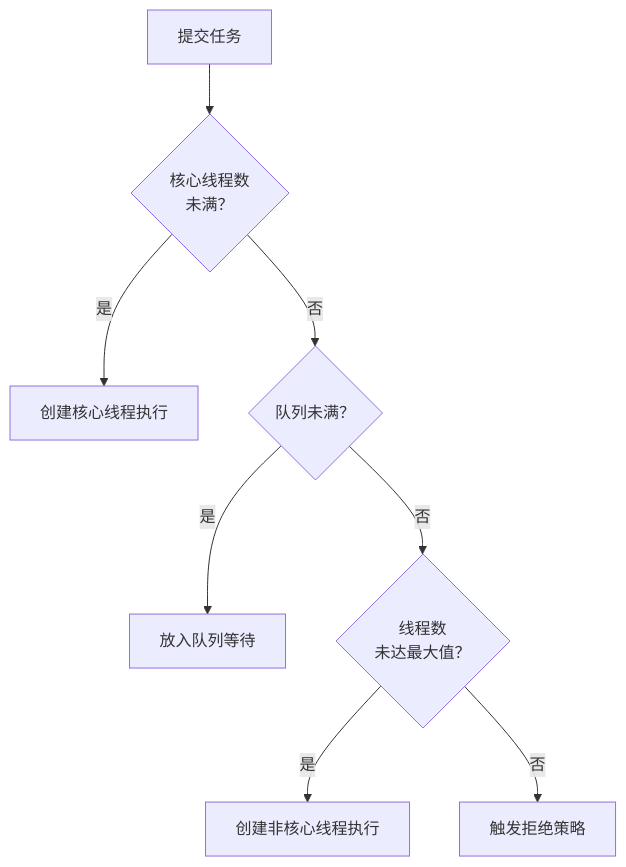
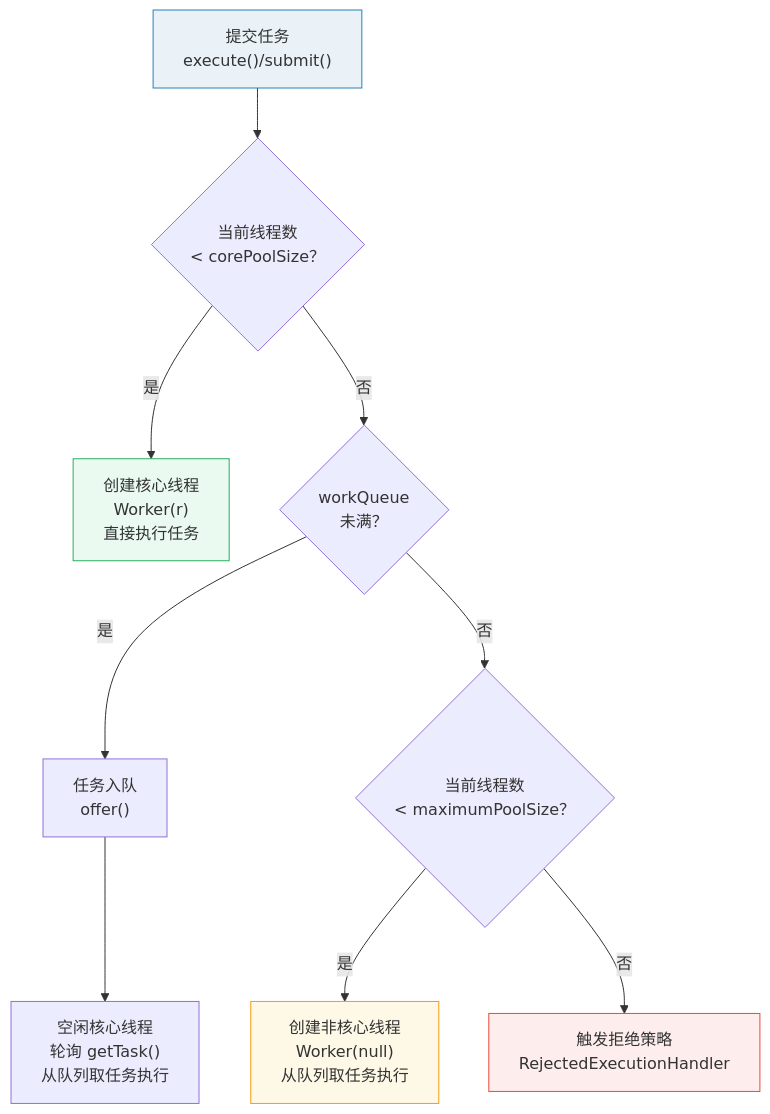
One commit to coolzhul/java-fullstack-knowledge changed the seventh of 7 diagrams in src/java-basic/concurrency.md. Above: the diagram before and after it, drawn with Mermaid. The commit also changed other lines of this file and 5 other files, not shown here.

````diff
--- a/src/java-basic/concurrency.md
+++ b/src/java-basic/concurrency.md
@@ -295,10 +659,17 @@
 ```mermaid
 graph TD
-    A["提交任务"] --> B{"核心线程数<br/>未满？"}
-    B -->|"是"| C["创建核心线程执行"]
-    B -->|"否"| D{"队列未满？"}
-    D -->|"是"| E["放入队列等待"]
-    D -->|"否"| F{"线程数<br/>未达最大值？"}
-    F -->|"是"| G["创建非核心线程执行"]
-    F -->|"否"| H["触发拒绝策略"]
+    A["提交任务<br/>execute()/submit()"] --> B{"当前线程数<br/>< corePoolSize？"}
+    B -->|"是"| C["创建核心线程<br/>Worker(r)<br/>直接执行任务"]
+    B -->|"否"| D{"workQueue<br/>未满？"}
+    D -->|"是"| E["任务入队<br/>offer()"]
+    D -->|"否"| F{"当前线程数<br/>< maximumPoolSize？"}
+    F -->|"是"| G["创建非核心线程<br/>Worker(null)<br/>从队列取任务执行"]
+    F -->|"否"| H["触发拒绝策略<br/>RejectedExecutionHandler"]
+    
+    E --> I["空闲核心线程<br/>轮询 getTask()<br/>从队列取任务执行"]
+
+    style A fill:#eaf2f8,stroke:#2980b9
+    style C fill:#eafaf1,stroke:#27ae60
+    style G fill:#fef9e7,stroke:#f39c12
+    style H fill:#fdedec,stroke:#e74c3c
 ```
````
